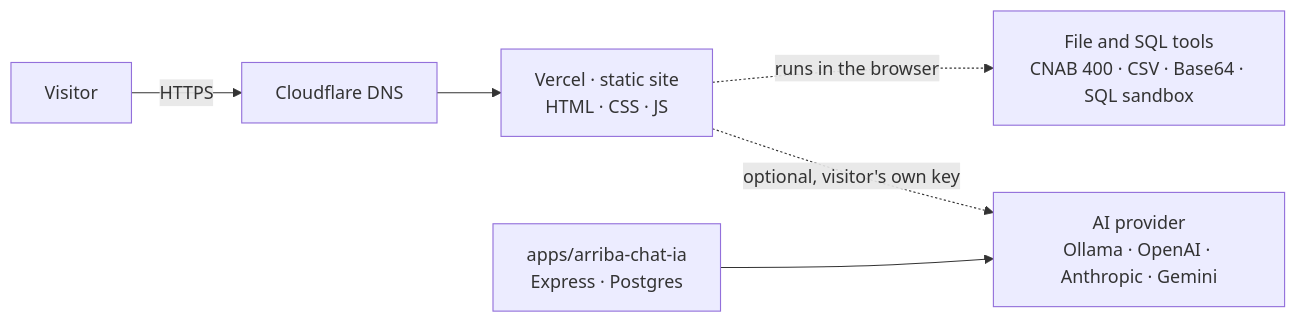
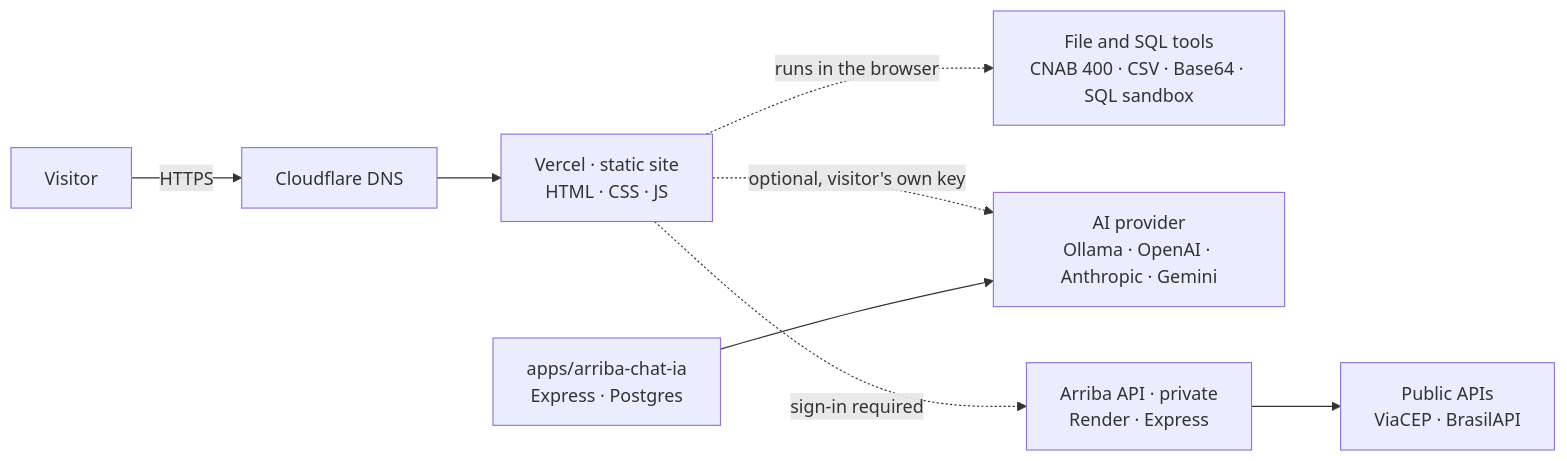
The diagram in README.md (jonathanmesquita/arriba_platform), drawn with Mermaid before and after one commit. The commit also changed other lines of this file and 10 other files, not shown here.

````diff
--- a/README.md
+++ b/README.md
@@ -75,8 +75,10 @@
 ```mermaid
 flowchart LR
     U[Visitor] -->|HTTPS| CF[Cloudflare DNS]
     CF --> FE[Vercel · static site<br/>HTML · CSS · JS]
     FE -. runs in the browser .-> TOOLS[File and SQL tools<br/>CNAB 400 · CSV · Base64 · SQL sandbox]
     FE -. optional, visitor's own key .-> LLM[AI provider<br/>Ollama · OpenAI · Anthropic · Gemini]
+    FE -. sign-in required .-> API[Arriba API · private<br/>Render · Express]
+    API --> PUB[Public APIs<br/>ViaCEP · BrasilAPI]
     APP[apps/arriba-chat-ia<br/>Express · Postgres] --> LLM
 ```
````
